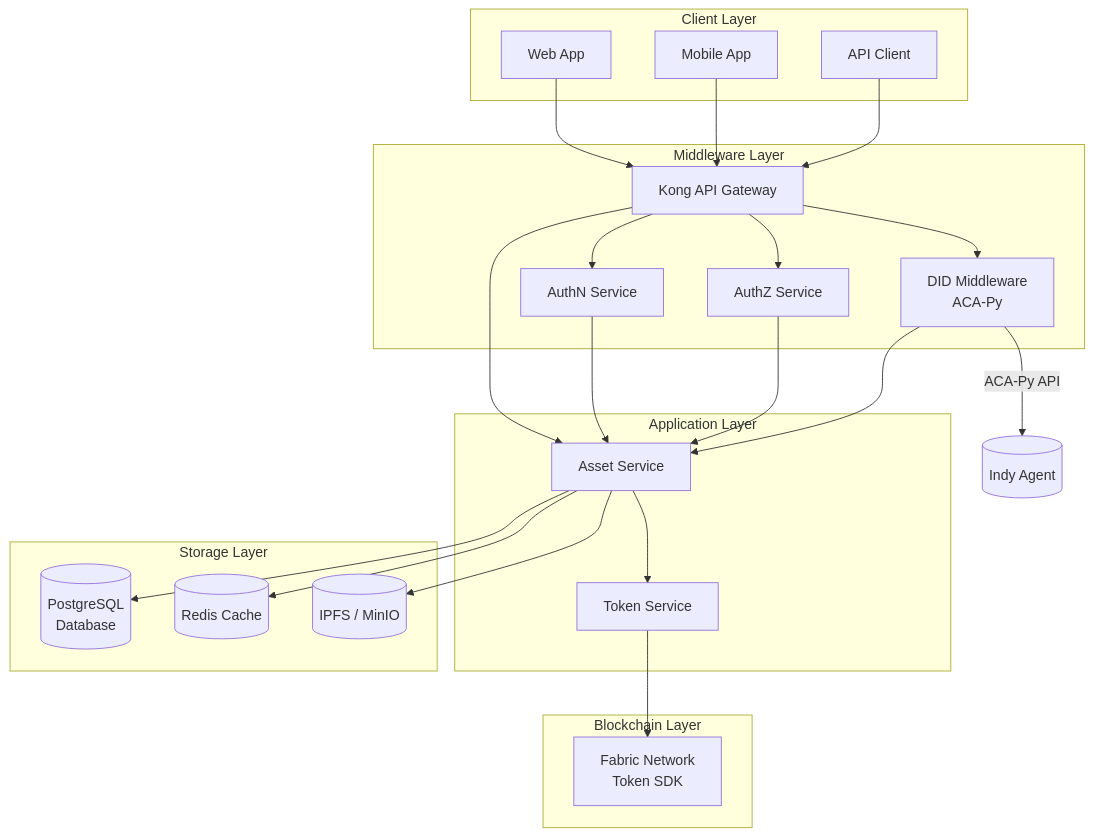
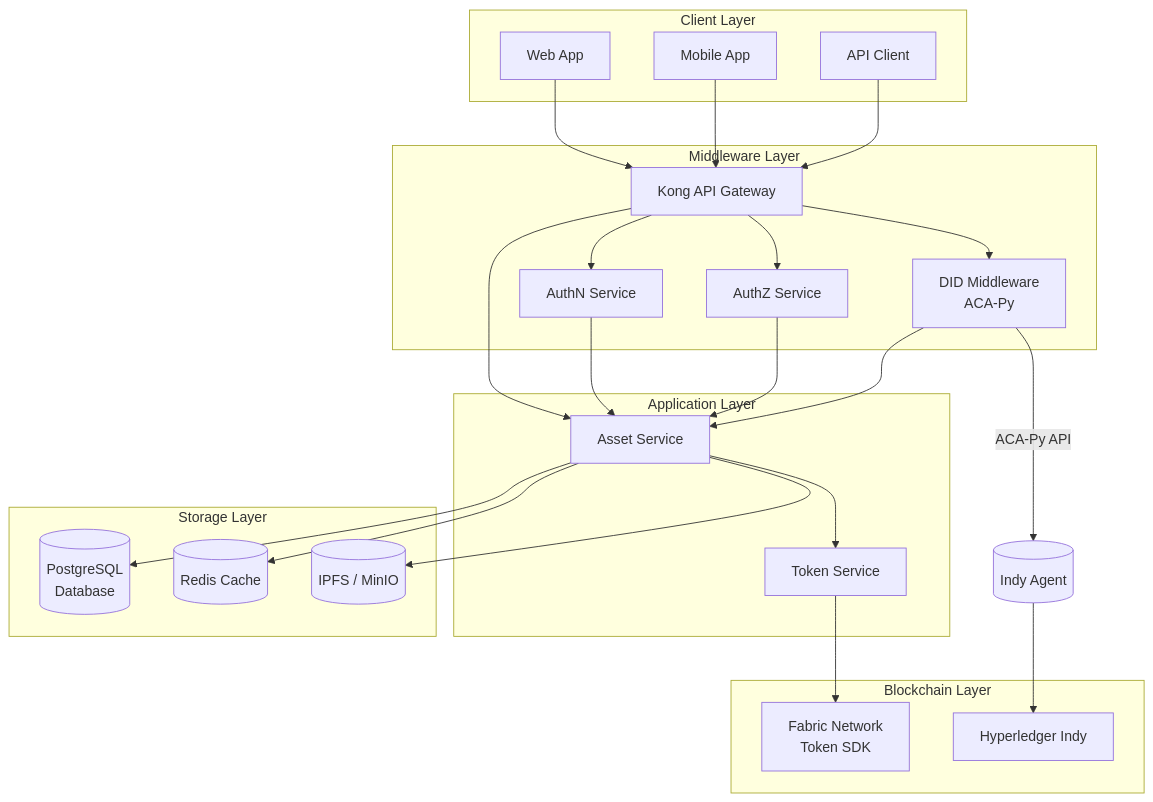
Before and after one commit to metafi-blockchain/metafi-digital-assets-service: the diagram in docs/technical-design.vi.md, drawn with Mermaid.

````diff
--- a/docs/technical-design.vi.md
+++ b/docs/technical-design.vi.md
@@ -7,65 +7,66 @@
 ```mermaid
 graph TD
     %% Client Layer
     subgraph "Client Layer"
         Web[Web App]
         Mobile[Mobile App]
         API[API Client]
     end
 
     %% Middleware Layer
     subgraph "Middleware Layer"
         Gateway[Kong API Gateway]
         AuthN[AuthN Service]
         AuthZ[AuthZ Service]
         DID[DID Middleware<br/>ACA-Py]
     end
 
     %% Application Layer
     subgraph "Application Layer"
         Asset[Asset Service]
         Token[Token Service]
     end
 
     %% Blockchain Layer
     subgraph "Blockchain Layer"
         Fabric[Fabric Network<br/>Token SDK]
+        Indy[Hyperledger Indy]
     end
 
     %% Storage Layer
     subgraph "Storage Layer"
         DB[(PostgreSQL<br/>Database)]
         Cache[(Redis Cache)]
         Storage[(IPFS / MinIO)]
     end
 
     %% Flows from Clients
     Web --> Gateway
     Mobile --> Gateway
     API --> Gateway
 
     %% Gateway routing
     Gateway --> AuthN
     Gateway --> AuthZ
     Gateway --> Asset
     Gateway --> DID
 
     %% Auth middleware interaction
     AuthN --> Asset
     AuthZ --> Asset
     DID --> Asset
 
     %% AssetService integration
     Asset --> Token
 
     %% Token → Blockchain
     Token --> Fabric
 
     %% DID interaction with Indy (off-chain)
-    DID -->|ACA-Py API| DIDAgent[(Indy Agent)]
+    DID -->|ACA-Py API| DIDAgent[(Indy Agent)] --> Indy
 
     %% Asset data persistence
     Asset --> DB
     Asset --> Cache
     Asset --> Storage
 ```
````
